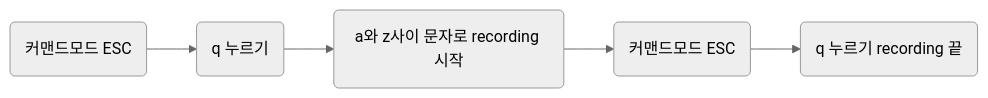
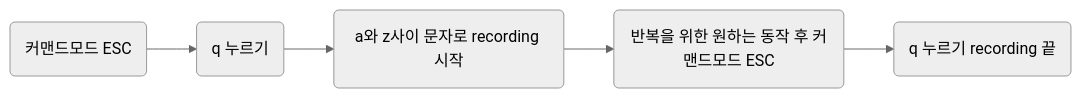
One commit to MINJEONG-L/opensource_sw_homework_20203247 changed the diagram in README.md. Above: the diagram before and after it, drawn with Mermaid (neutral theme). The commit also changed other lines of this file, not shown here.

````diff
--- a/README.md
+++ b/README.md
@@ -180,7 +180,7 @@
 ```mermaid
 graph LR
 A(커맨드모드 ESC)-->B(q 누르기)  
 B-->C(a와 z사이 문자로 recording 시작)   
-C-->D(커맨드모드 ESC)  
+C-->D(반복을 위한 원하는 동작 후 커맨드모드 ESC)  
 D-->E(q 누르기 recording 끝) 
 ```
````
